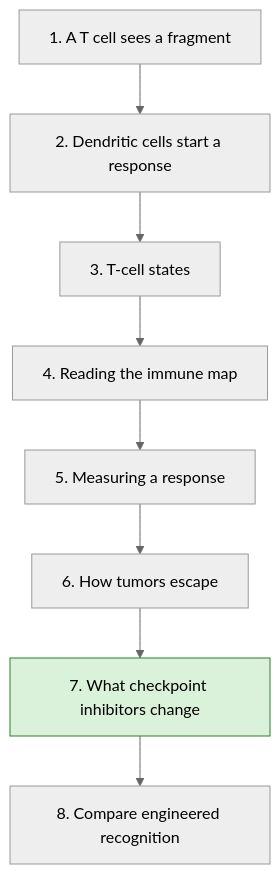
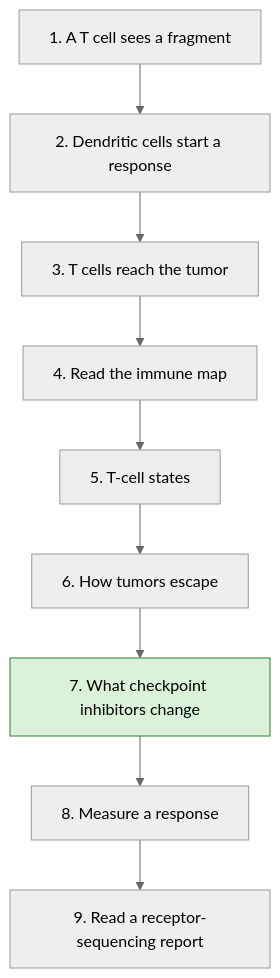
Before and after one commit to jasonLaster/oncoguide: the diagram in wiki/education/guides/how-the-immune-system-fights-cancer/index.md, drawn with Mermaid (neutral theme). The commit also changed other lines of this file and 527 other files, not shown here.

````diff
--- a/wiki/education/guides/how-the-immune-system-fights-cancer/index.md
+++ b/wiki/education/guides/how-the-immune-system-fights-cancer/index.md
@@ -32,11 +32,12 @@
 ```mermaid
 flowchart TD
   A["1. A T cell sees a fragment"] --> B["2. Dendritic cells start a response"]
-  B --> C["3. T-cell states"]
-  C --> D["4. Reading the immune map"]
-  D --> E["5. Measuring a response"]
+  B --> C["3. T cells reach the tumor"]
+  C --> D["4. Read the immune map"]
+  D --> E["5. T-cell states"]
   E --> F["6. How tumors escape"]
   F --> G["7. What checkpoint inhibitors change"]
-  G --> H["8. Compare engineered recognition"]
+  G --> H["8. Measure a response"]
+  H --> I["9. Read a receptor-sequencing report"]
   style G fill:#d9f2d9,stroke:#2e7d32
 ```
````
